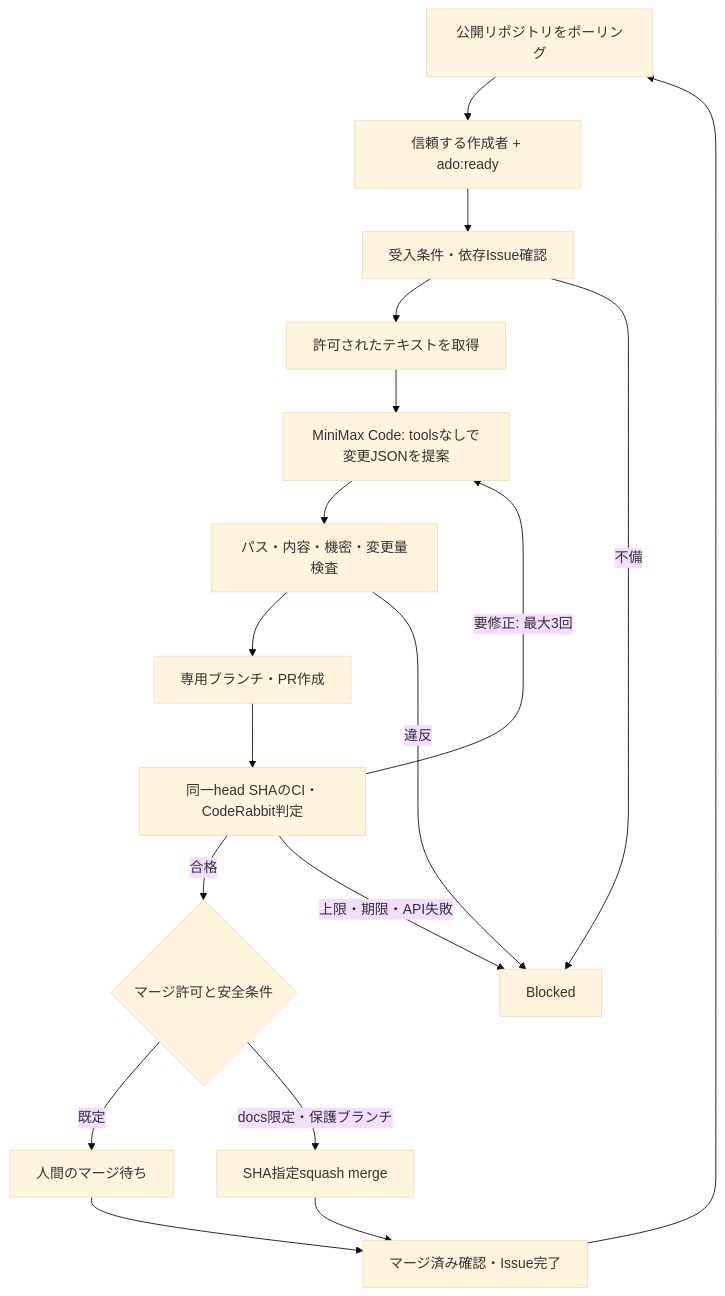
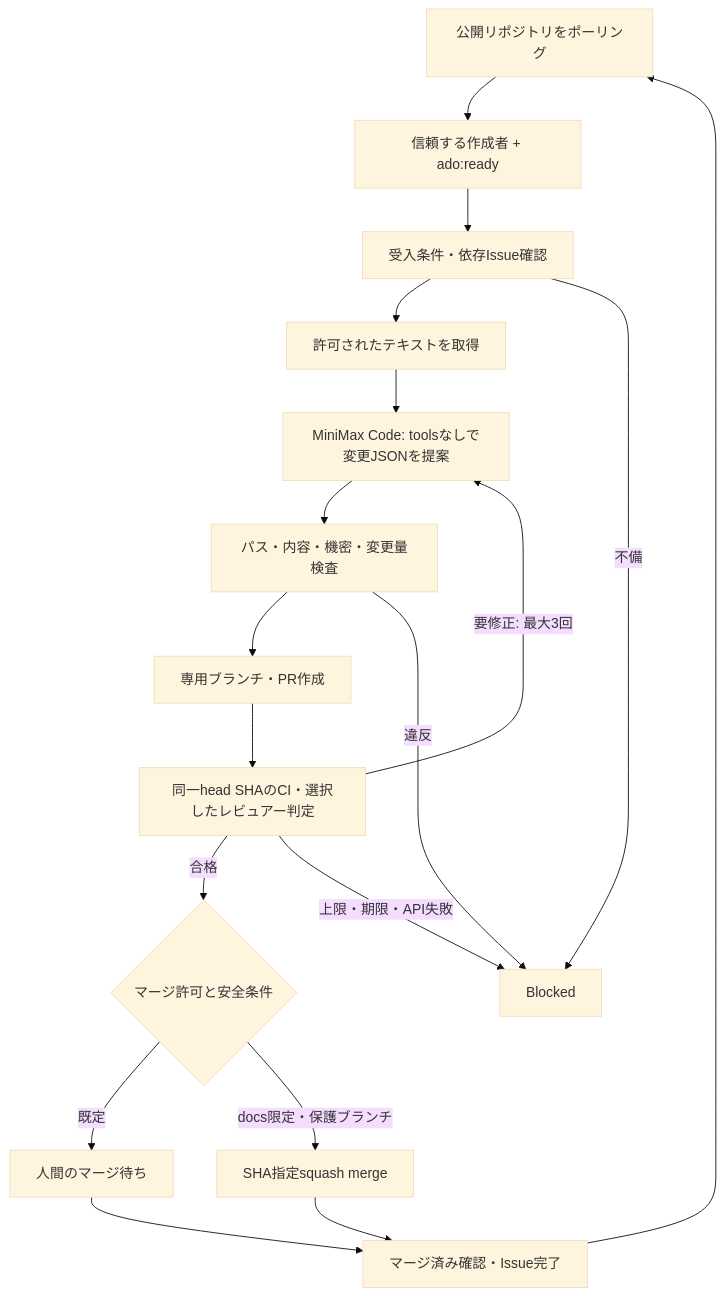
One commit to SMRI2170/autonomous-dev-orchestrator changed the diagram in README.md. Above: the diagram before and after it, drawn with Mermaid (base theme). The commit also changed other lines of this file and 6 other files, not shown here.

````diff
--- a/README.md
+++ b/README.md
@@ -9,20 +9,20 @@
 ```mermaid
 flowchart TD
   A[公開リポジトリをポーリング] --> B[信頼する作成者 + ado:ready]
   B --> C[受入条件・依存Issue確認]
   C --> D[許可されたテキストを取得]
   D --> E[MiniMax Code: toolsなしで変更JSONを提案]
   E --> F[パス・内容・機密・変更量検査]
   F --> G[専用ブランチ・PR作成]
-  G --> H[同一head SHAのCI・CodeRabbit判定]
+  G --> H[同一head SHAのCI・選択したレビュアー判定]
   H -->|要修正: 最大3回| E
   H -->|合格| I{マージ許可と安全条件}
   I -->|既定| J[人間のマージ待ち]
   I -->|docs限定・保護ブランチ| K[SHA指定squash merge]
   J --> L[マージ済み確認・Issue完了]
   K --> L
   L --> A
   C -->|不備| X[Blocked]
   F -->|違反| X
   H -->|上限・期限・API失敗| X
 ```
````
